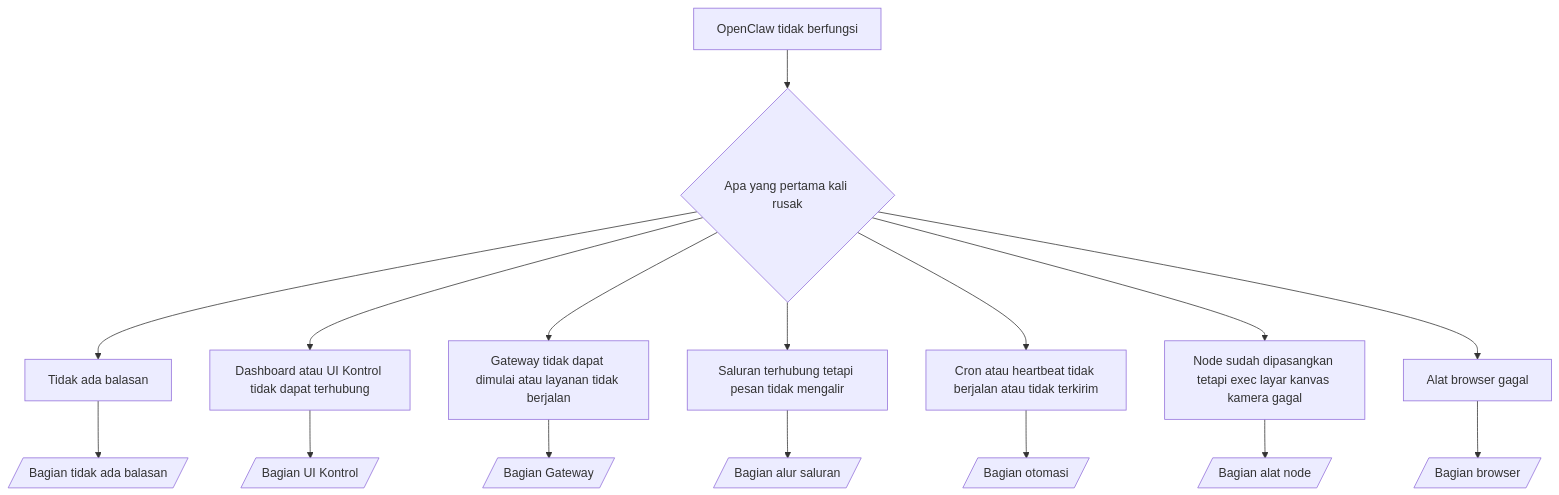
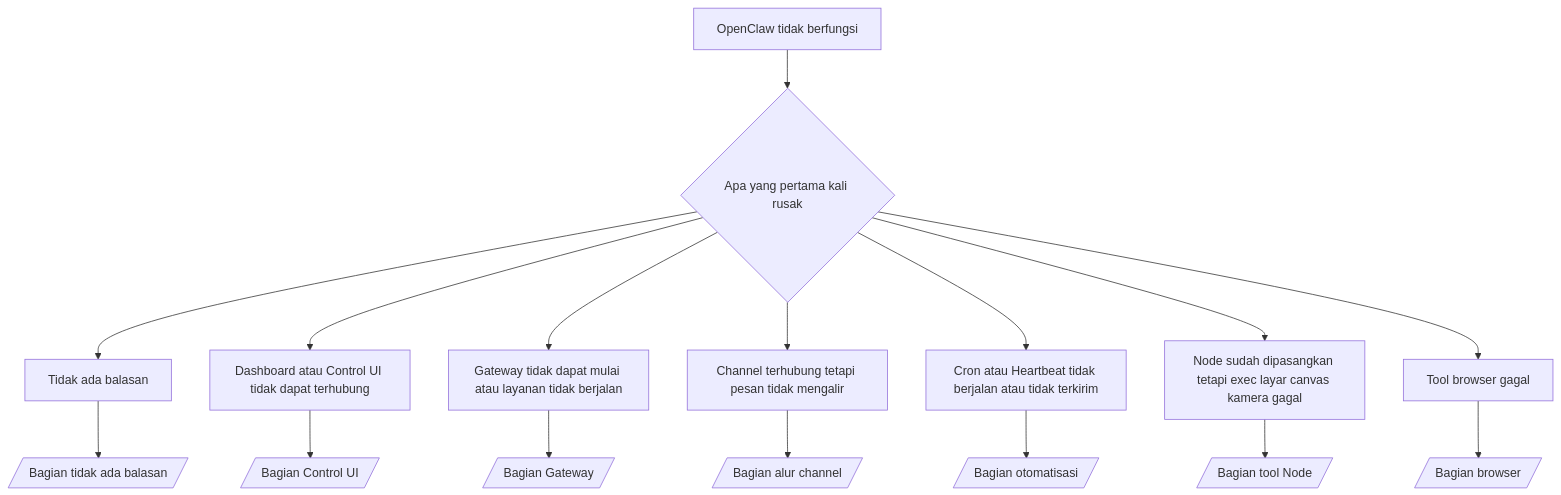
Before and after one commit to openclaw/docs: the diagram in docs/id/help/troubleshooting.md, drawn with Mermaid. The commit also changed other lines of this file and 11 other files, not shown here.

````diff
--- a/docs/id/help/troubleshooting.md
+++ b/docs/id/help/troubleshooting.md
@@ -94,19 +94,19 @@
 ```mermaid
 flowchart TD
   A[OpenClaw tidak berfungsi] --> B{Apa yang pertama kali rusak}
   B --> C[Tidak ada balasan]
-  B --> D[Dashboard atau UI Kontrol tidak dapat terhubung]
-  B --> E[Gateway tidak dapat dimulai atau layanan tidak berjalan]
-  B --> F[Saluran terhubung tetapi pesan tidak mengalir]
-  B --> G[Cron atau heartbeat tidak berjalan atau tidak terkirim]
-  B --> H[Node sudah dipasangkan tetapi exec layar kanvas kamera gagal]
-  B --> I[Alat browser gagal]
+  B --> D[Dashboard atau Control UI tidak dapat terhubung]
+  B --> E[Gateway tidak dapat mulai atau layanan tidak berjalan]
+  B --> F[Channel terhubung tetapi pesan tidak mengalir]
+  B --> G[Cron atau Heartbeat tidak berjalan atau tidak terkirim]
+  B --> H[Node sudah dipasangkan tetapi exec layar canvas kamera gagal]
+  B --> I[Tool browser gagal]
 
   C --> C1[/Bagian tidak ada balasan/]
-  D --> D1[/Bagian UI Kontrol/]
+  D --> D1[/Bagian Control UI/]
   E --> E1[/Bagian Gateway/]
-  F --> F1[/Bagian alur saluran/]
-  G --> G1[/Bagian otomasi/]
-  H --> H1[/Bagian alat node/]
+  F --> F1[/Bagian alur channel/]
+  G --> G1[/Bagian otomatisasi/]
+  H --> H1[/Bagian tool Node/]
   I --> I1[/Bagian browser/]
 ```
````
